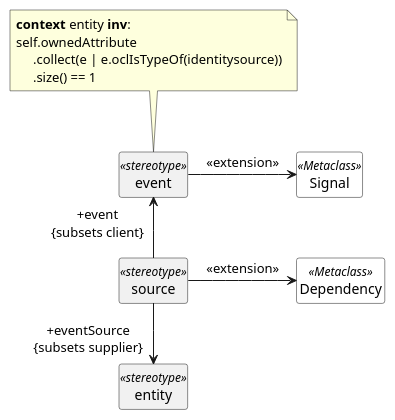
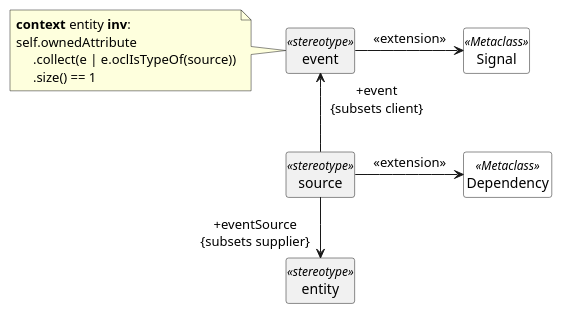
One commit to sdm-lang/tree-sitter-sdml changed the tenth of 13 diagrams in docs/uml-profile.org. Above: the diagram before and after it, drawn with PlantUML. The commit also changed other lines of this file and 17 other files, not shown here.

```diff
--- a/docs/uml-profile.org
+++ b/docs/uml-profile.org
@@ -127,20 +247,21 @@
 #+BEGIN_SRC plantuml :file uml-profile-event.svg
+skinparam backgroundColor transparent
 hide circle
-hide members
+hide empty members
 
 class entity <<stereotype>> {}
 
 class Signal <<Metaclass>> #white {}
 class event <<stereotype>> {}
 event -> Signal: <<extension>>
 
 class Dependency <<Metaclass>> #white {}
 class source <<stereotype>> {}
 source -r-> Dependency: <<extension>>
 
 source -d-> "+eventSource\n{subsets supplier}" entity
 source -u-> "+event\n{subsets client}" event
 
-note "**context** entity **inv**:\nself.ownedAttribute\n     .collect(e | e.oclIsTypeOf(identitysource))\n     .size() == 1" as clientnote
-clientnote .. event
+note "**context** entity **inv**:\nself.ownedAttribute\n     .collect(e | e.oclIsTypeOf(source))\n     .size() == 1" as clientnote
+clientnote .r. event
 #+END_SRC
```
